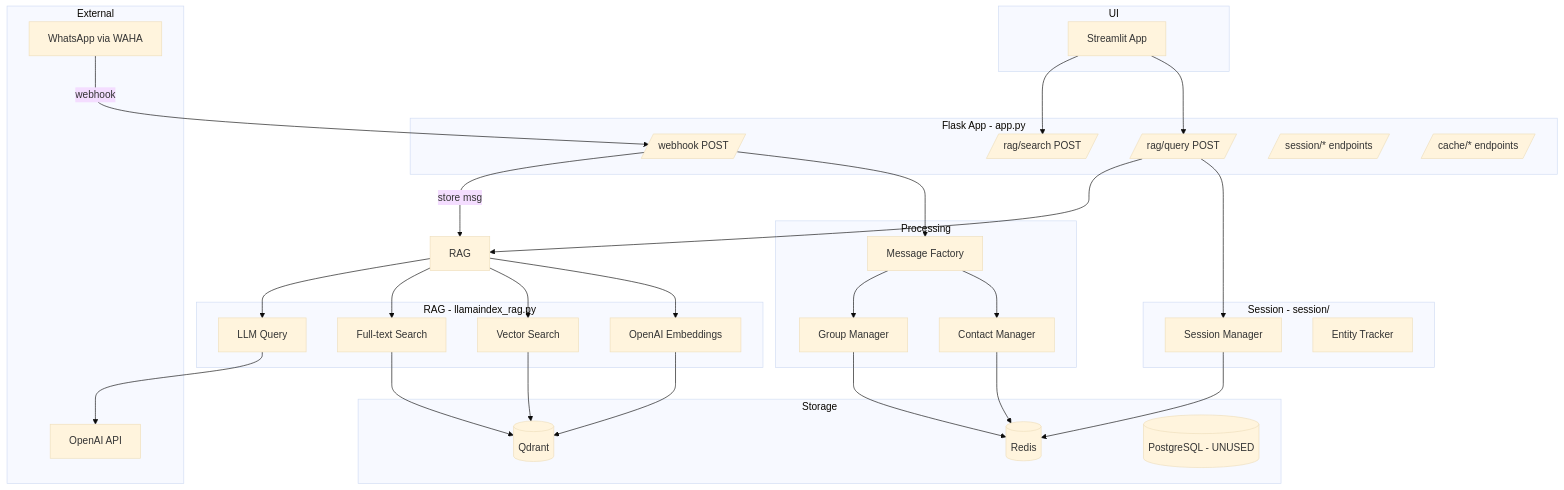
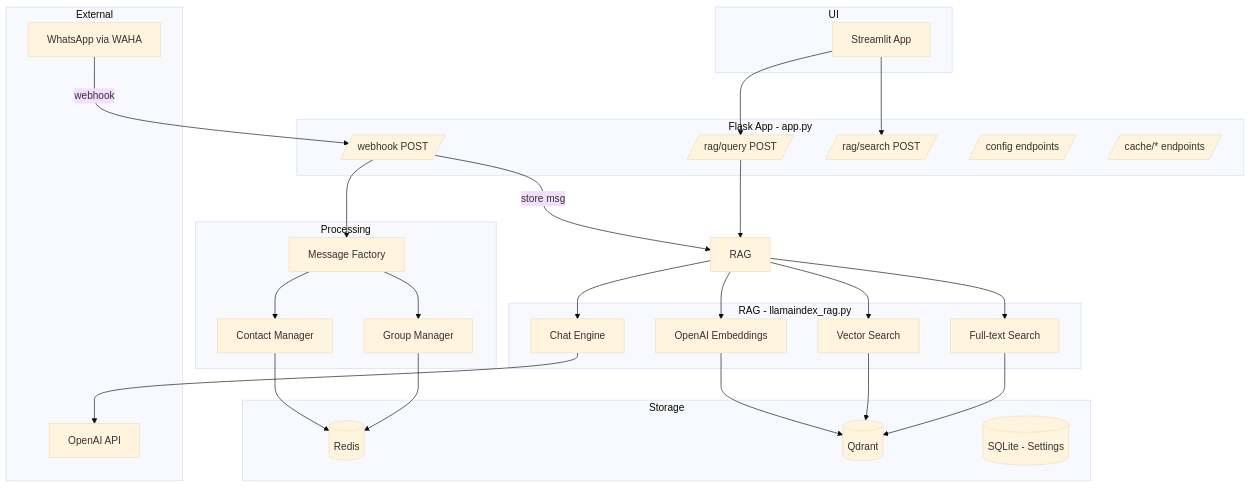
One commit to pickeld/lucy changed the diagram in plans/current-improvements-plan.md. Above: the diagram before and after it, drawn with Mermaid (base theme). The commit also changed other lines of this file and 7 other files, not shown here.

First line of the commit message:
refactor: remove deprecated plans and simplify architecture

````diff
--- a/plans/current-improvements-plan.md
+++ b/plans/current-improvements-plan.md
@@ -13,59 +13,53 @@
 ```mermaid
 flowchart TB
     subgraph External
         WA[WhatsApp via WAHA]
         OAI[OpenAI API]
     end
 
     subgraph Flask App - app.py
         WH[/webhook POST/]
         RQ[/rag/query POST/]
         RS[/rag/search POST/]
-        SE[/session/* endpoints/]
+        CFG[/config endpoints/]
         CA[/cache/* endpoints/]
     end
 
     subgraph Processing
         MF[Message Factory]
         CM[Contact Manager]
         GM[Group Manager]
     end
 
     subgraph RAG - llamaindex_rag.py
         EMB[OpenAI Embeddings]
         VS[Vector Search]
         FT[Full-text Search]
-        LLM[LLM Query]
-    end
-
-    subgraph Session - session/
-        SM[Session Manager]
-        ET[Entity Tracker]
+        CE[Chat Engine]
     end
 
     subgraph Storage
         Redis[(Redis)]
         Qdrant[(Qdrant)]
-        PG[(PostgreSQL - UNUSED)]
+        SQLite[(SQLite - Settings)]
     end
 
     subgraph UI
         ST[Streamlit App]
     end
 
     WA -->|webhook| WH
     WH --> MF
     MF --> CM
     MF --> GM
     CM --> Redis
     GM --> Redis
     WH -->|store msg| RAG
     RAG --> EMB --> Qdrant
     RAG --> VS --> Qdrant
     RAG --> FT --> Qdrant
-    RAG --> LLM --> OAI
+    RAG --> CE --> OAI
     ST --> RQ
     ST --> RS
-    RQ --> SM --> Redis
     RQ --> RAG
 ```
````
